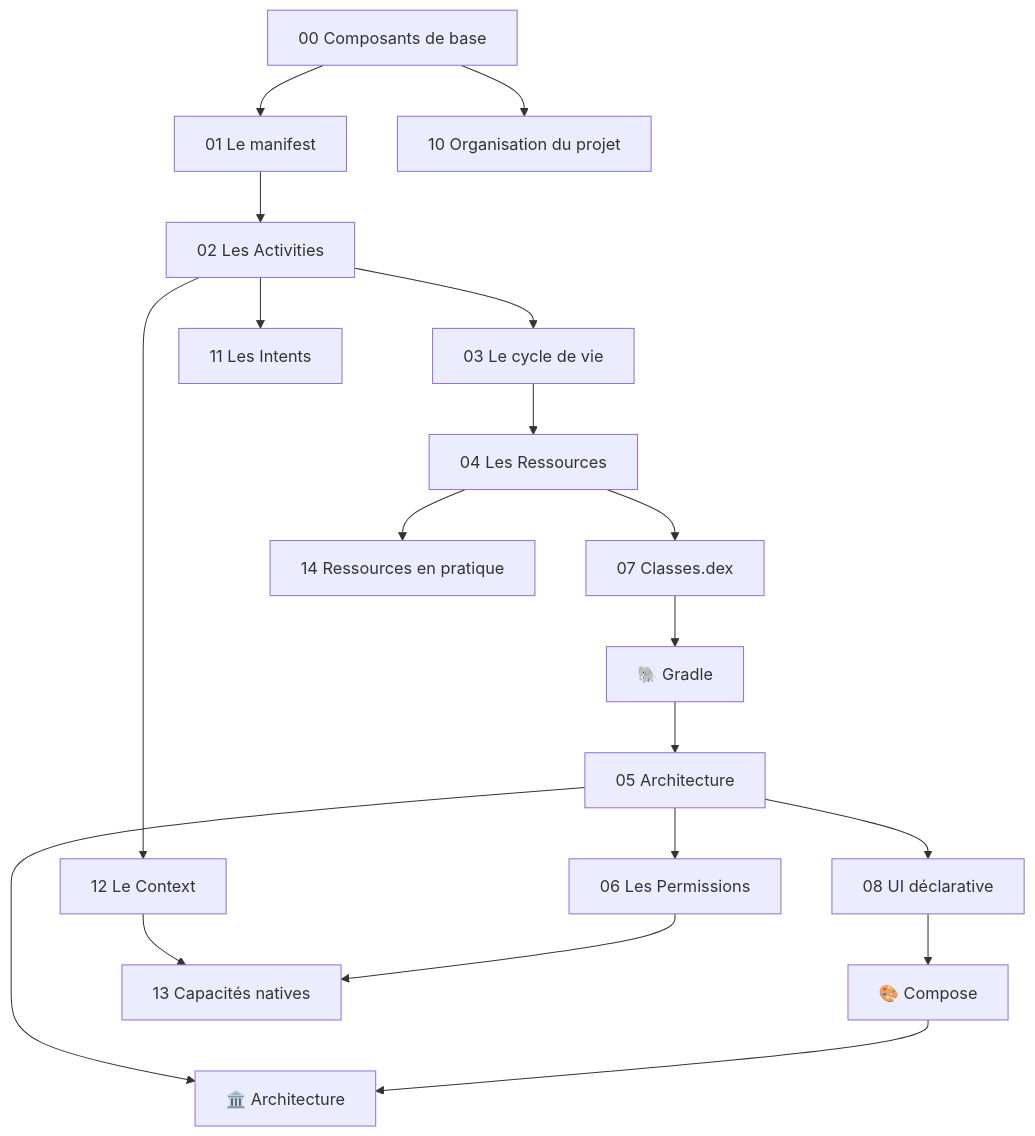
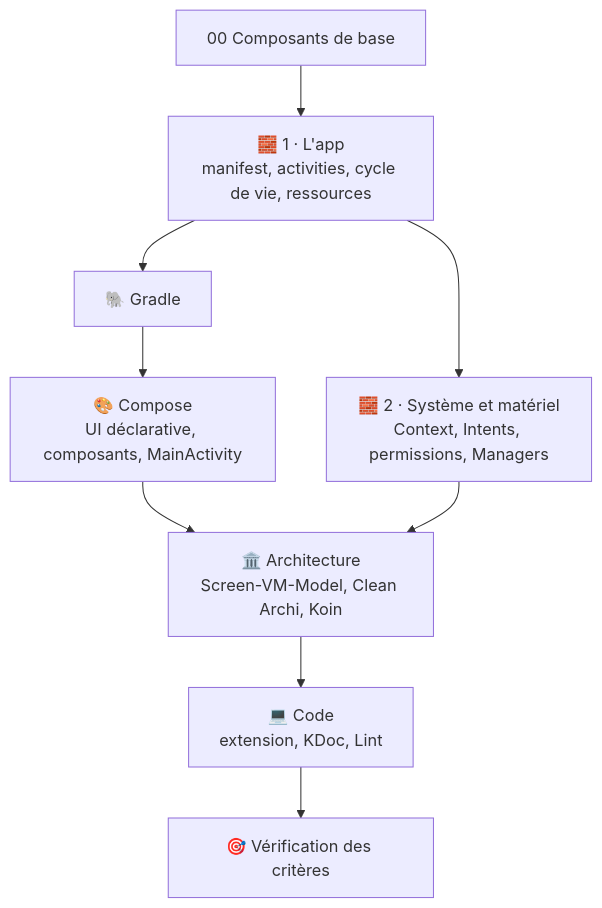
One commit to theopayet1/brain_bean changed the diagram in doc_kotlin/kotlin.md. Above: the diagram before and after it, drawn with Mermaid. The commit also changed other lines of this file and 37 other files, not shown here.

````diff
--- a/doc_kotlin/kotlin.md
+++ b/doc_kotlin/kotlin.md
@@ -81,21 +86,11 @@
 ```mermaid
 flowchart TD
-    I[00 Composants de base] --> M[01 Le manifest]
-    M --> A[02 Les Activities]
-    A --> CV[03 Le cycle de vie]
-    CV --> R[04 Les Ressources]
-    R --> D[07 Classes.dex]
-    D --> G[🐘 Gradle]
-    G --> AR[05 Architecture]
-    AR --> U[08 UI déclarative]
-    AR --> P[06 Les Permissions]
-    U --> CP[🎨 Compose]
-    I --> O[10 Organisation du projet]
-    A --> IN[11 Les Intents]
-    A --> CX[12 Le Context]
-    R --> RP[14 Ressources en pratique]
-    CX --> MG[13 Capacités natives]
-    P --> MG
-    AR --> ARC[🏛️ Architecture]
-    CP --> ARC
+    I[00 Composants de base] --> S1[🧱 1 · L'app<br/>manifest, activities, cycle de vie, ressources]
+    S1 --> S2[🧱 2 · Système et matériel<br/>Context, Intents, permissions, Managers]
+    S1 --> G[🐘 Gradle]
+    G --> CP[🎨 Compose<br/>UI déclarative, composants, MainActivity]
+    CP --> ARC[🏛️ Architecture<br/>Screen-VM-Model, Clean Archi, Koin]
+    S2 --> ARC
+    ARC --> CODE[💻 Code<br/>extension, KDoc, Lint]
+    CODE --> GR[🎯 Vérification des critères]
 ```
````
